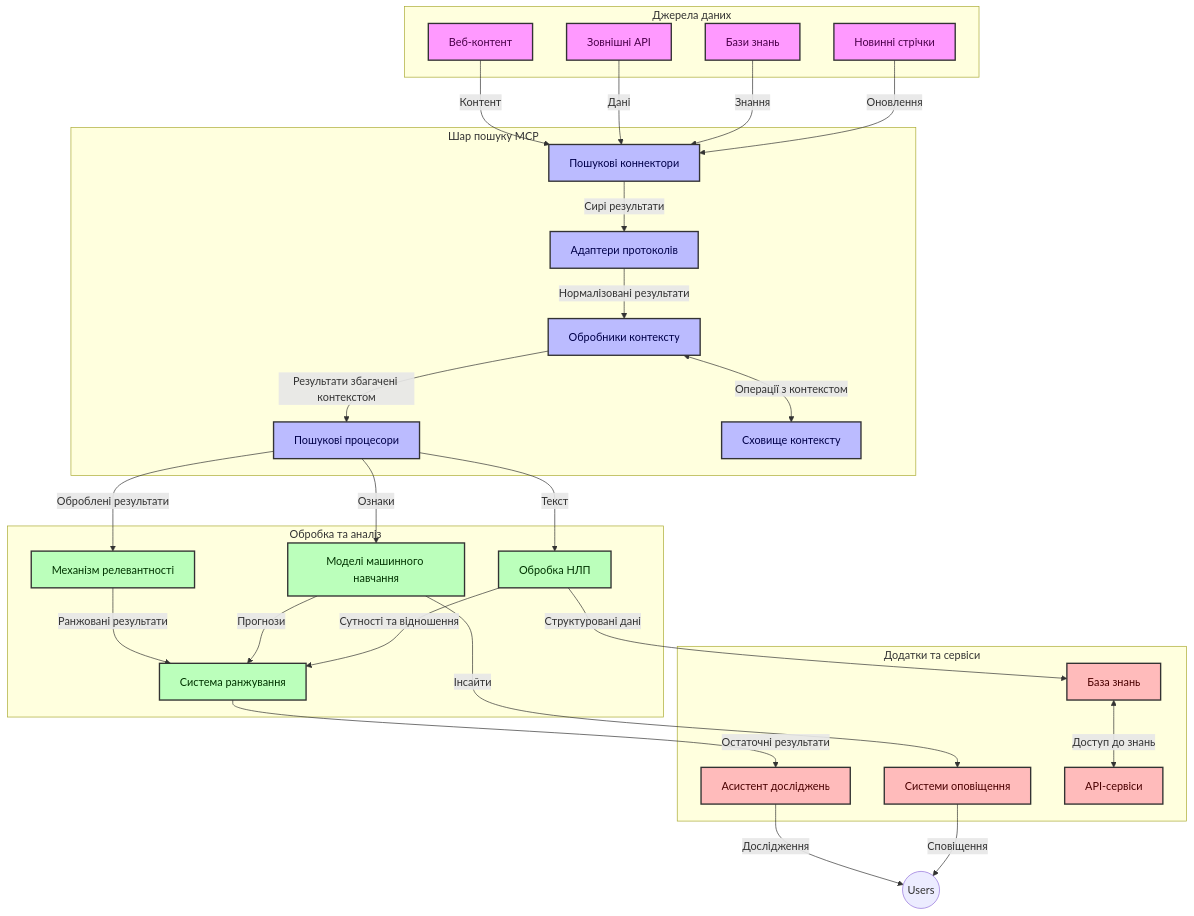
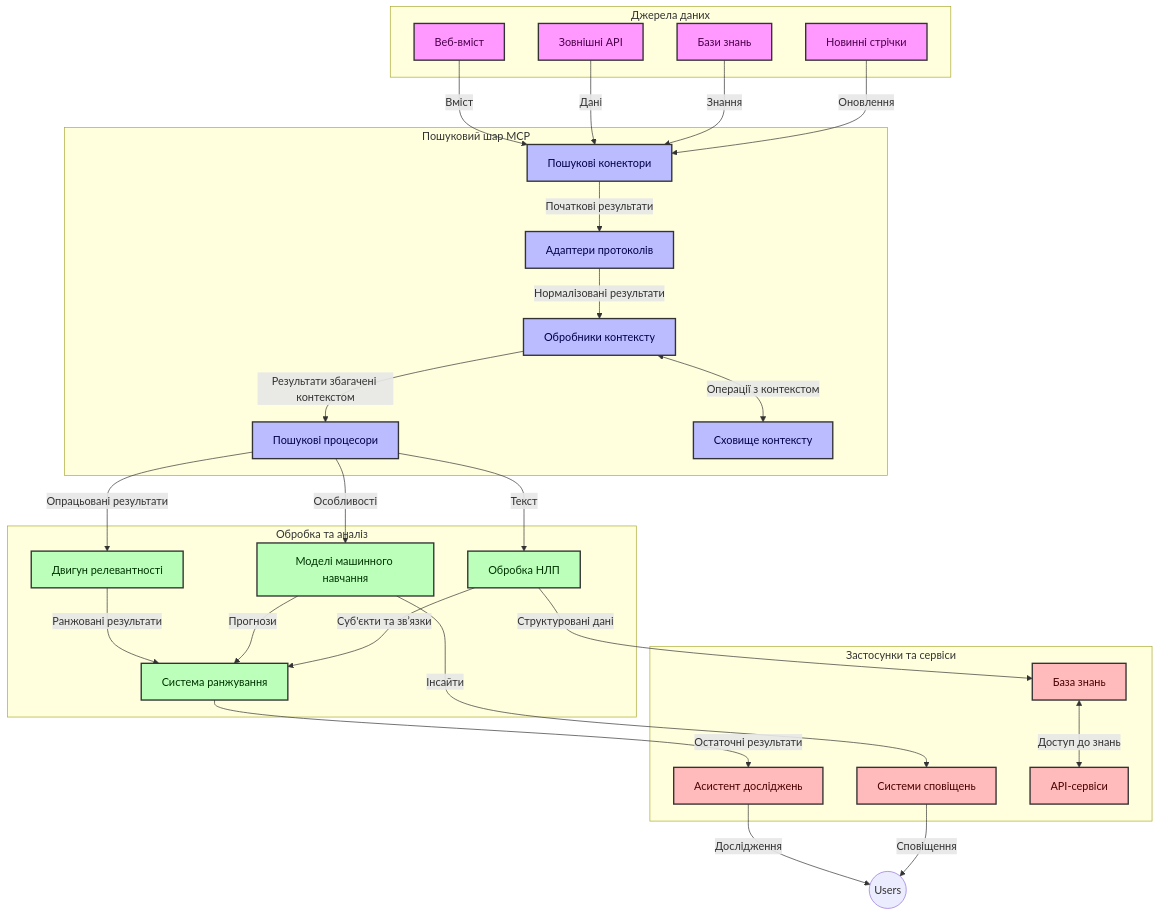
Before and after one commit to microsoft/mcp-for-beginners: the first of 4 diagrams in translations/uk/05-AdvancedTopics/mcp-realtimesearch/README.md, drawn with Mermaid. The commit also changed other lines of this file and 132 other files, not shown here.

````diff
--- a/translations/uk/05-AdvancedTopics/mcp-realtimesearch/README.md
+++ b/translations/uk/05-AdvancedTopics/mcp-realtimesearch/README.md
@@ -109,66 +109,66 @@
 ```mermaid
 graph TD
     subgraph "Джерела даних"
-        Web[Веб-контент]
+        Web[Веб-вміст]
         APIs[Зовнішні API]
         DB[Бази знань]
         News[Новинні стрічки]
     end
 
-    subgraph "Шар пошуку MCP"
-        SC[Пошукові коннектори]
+    subgraph "Пошуковий шар MCP"
+        SC[Пошукові конектори]
         PA[Адаптери протоколів]
         CH[Обробники контексту]
         SP[Пошукові процесори]
         CS[Сховище контексту]
     end
 
     subgraph "Обробка та аналіз"
-        RE[Механізм релевантності]
+        RE[Двигун релевантності]
         ML[Моделі машинного навчання]
         NLP[Обробка НЛП]
         Rank[Система ранжування]
     end
 
-    subgraph "Додатки та сервіси"
+    subgraph "Застосунки та сервіси"
         RA[Асистент досліджень]
-        Alerts[Системи оповіщення]
+        Alerts[Системи сповіщень]
         KB[База знань]
         API[API-сервіси]
     end
 
-    Web -->|Контент| SC
+    Web -->|Вміст| SC
     APIs -->|Дані| SC
     DB -->|Знання| SC
     News -->|Оновлення| SC
     
-    SC -->|Сирі результати| PA
+    SC -->|Початкові результати| PA
     PA -->|Нормалізовані результати| CH
     CH <-->|Операції з контекстом| CS
     CH -->|Результати збагачені контекстом| SP
-    SP -->|Оброблені результати| RE
-    SP -->|Ознаки| ML
+    SP -->|Опрацьовані результати| RE
+    SP -->|Особливості| ML
     SP -->|Текст| NLP
     
     RE -->|Ранжовані результати| Rank
     ML -->|Прогнози| Rank
-    NLP -->|Сутності та відношення| Rank
+    NLP -->|Суб'єкти та зв’язки| Rank
     
     Rank -->|Остаточні результати| RA
     ML -->|Інсайти| Alerts
     NLP -->|Структуровані дані| KB
     
     RA -->|Дослідження| Users((Users))
     Alerts -->|Сповіщення| Users
     KB <-->|Доступ до знань| API
 
     classDef sources fill:#f9f,stroke:#333,stroke-width:2px,color:#4a004a
     classDef mcp fill:#bbf,stroke:#333,stroke-width:2px,color:#00004a
     classDef processing fill:#bfb,stroke:#333,stroke-width:2px,color:#003300
     classDef apps fill:#fbb,stroke:#333,stroke-width:2px,color:#4a0000
     
     class Web,APIs,DB,News sources
     class SC,PA,CH,SP,CS mcp
     class RE,ML,NLP,Rank processing
     class RA,Alerts,KB,API apps
 ```
````
